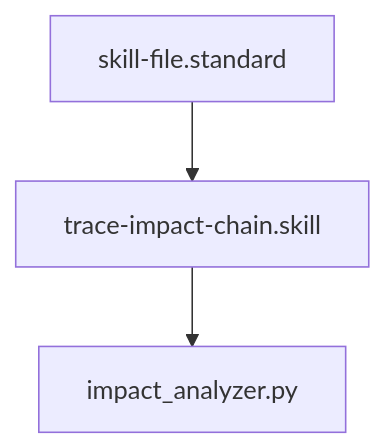
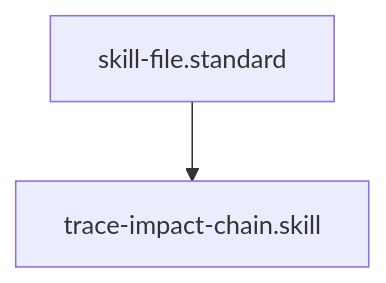
Before and after one commit to Gizmo4Life/ai-kernel: the diagram in skills/trace-impact-chain.skill.md, drawn with Mermaid. The commit also changed other lines of this file and 1 other file, not shown here.

````diff
--- a/skills/trace-impact-chain.skill.md
+++ b/skills/trace-impact-chain.skill.md
@@ -23,5 +26,4 @@
 ```mermaid
 graph TD
     skill-file.standard --> trace-impact-chain.skill
-    trace-impact-chain.skill --> impact_analyzer[impact_analyzer.py]
 ```
````
